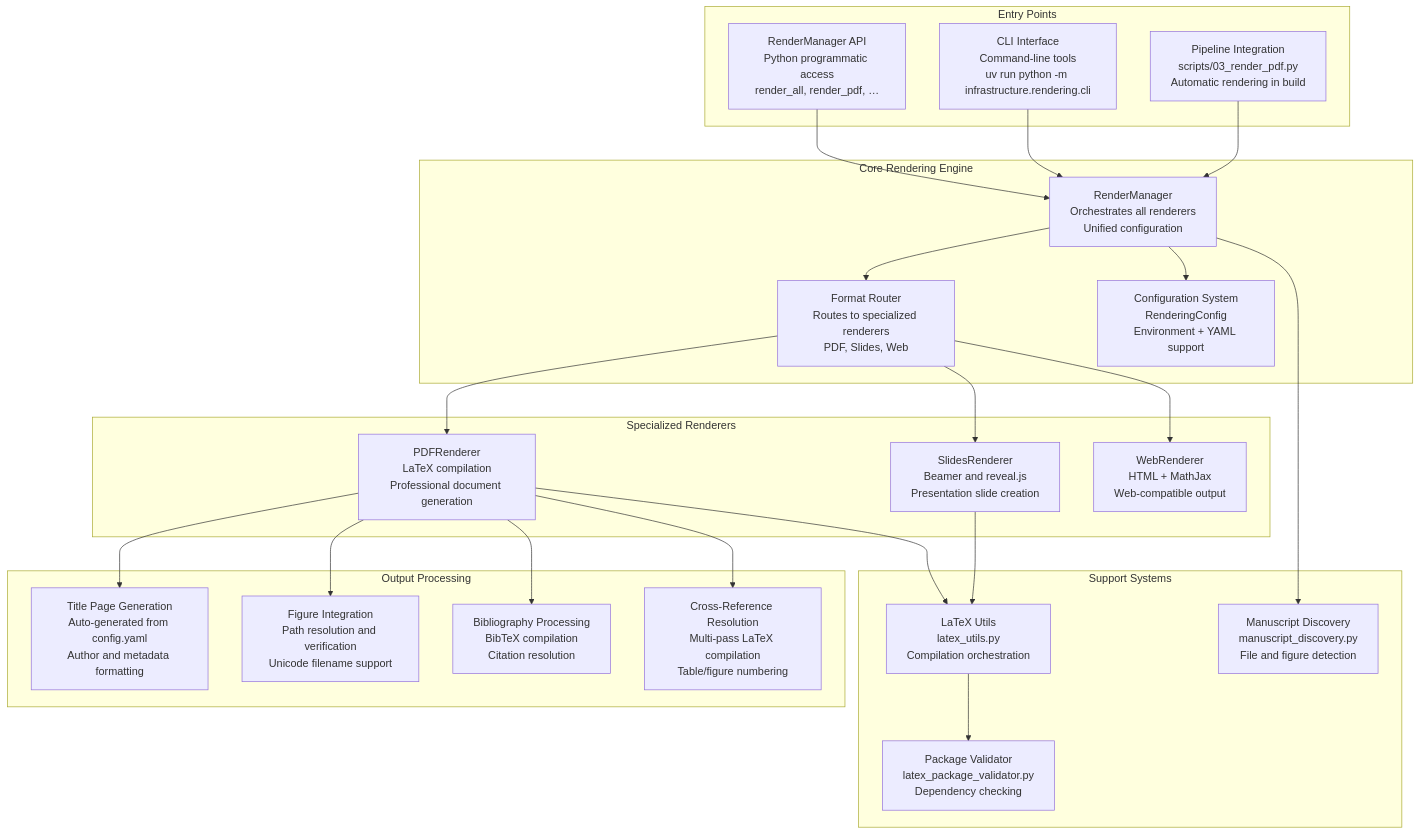
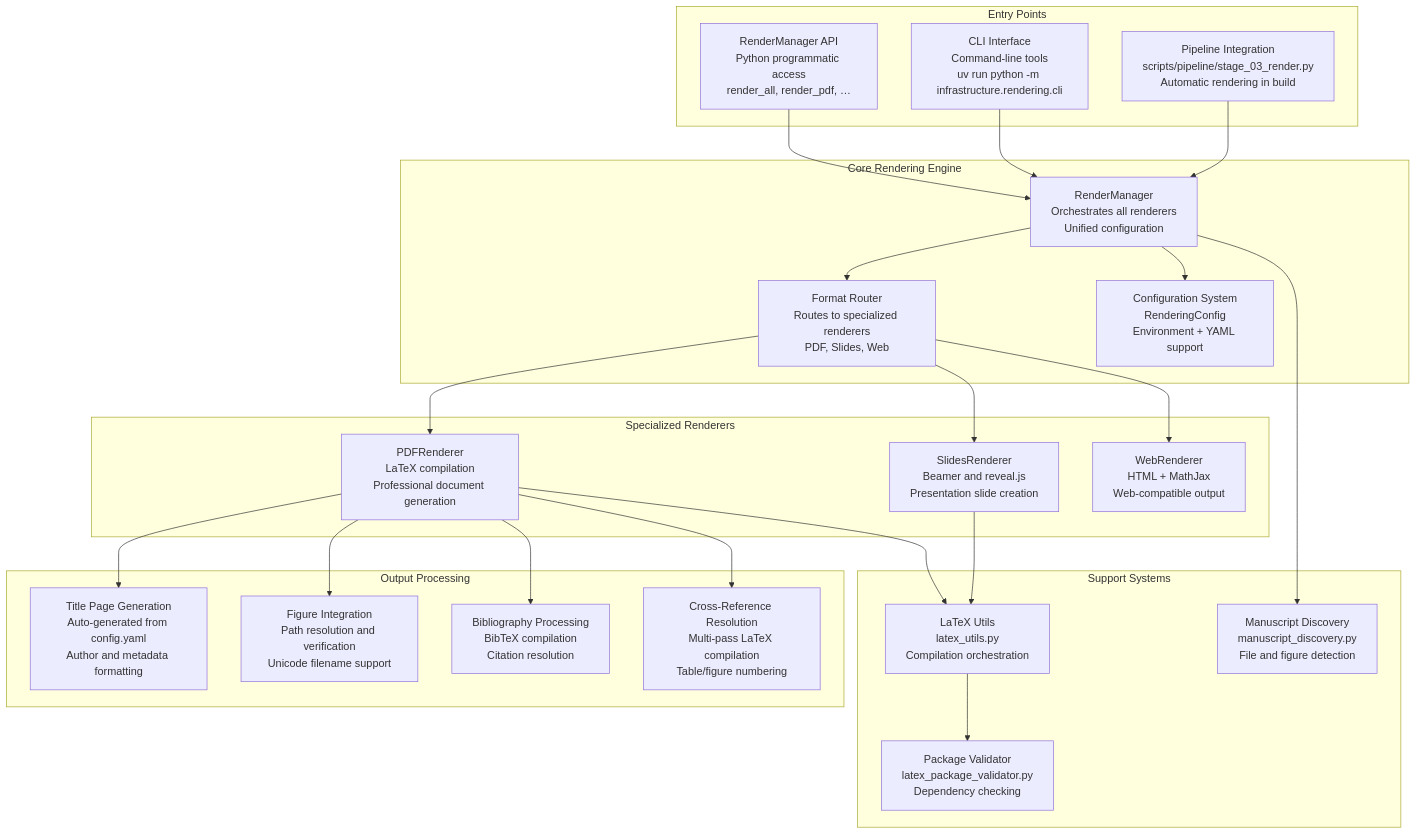
One commit to docxology/template changed the second of 3 diagrams in infrastructure/rendering/README.md. Above: the diagram before and after it, drawn with Mermaid. The commit also changed other lines of this file and 435 other files, not shown here.

````diff
--- a/infrastructure/rendering/README.md
+++ b/infrastructure/rendering/README.md
@@ -237,61 +237,61 @@
 ```mermaid
 graph TD
     subgraph EntryPoints["Entry Points"]
         MANAGER_API["RenderManager API<br/>Python programmatic access<br/>render_all, render_pdf, …"]
         CLI_INTERFACE[CLI Interface<br/>Command-line tools<br/>uv run python -m infrastructure.rendering.cli]
-        PIPELINE_INTEGRATION[Pipeline Integration<br/>scripts/03_render_pdf.py<br/>Automatic rendering in build]
+        PIPELINE_INTEGRATION[Pipeline Integration<br/>scripts/pipeline/stage_03_render.py<br/>Automatic rendering in build]
     end
 
     subgraph CoreEngine["Core Rendering Engine"]
         RENDER_MANAGER[RenderManager<br/>Orchestrates all renderers<br/>Unified configuration]
         FORMAT_ROUTER[Format Router<br/>Routes to specialized renderers<br/>PDF, Slides, Web]
         CONFIG_SYSTEM[Configuration System<br/>RenderingConfig<br/>Environment + YAML support]
     end
 
     subgraph SpecializedRenderers["Specialized Renderers"]
         PDF_RENDERER[PDFRenderer<br/>LaTeX compilation<br/>Professional document generation]
         SLIDES_RENDERER["SlidesRenderer<br/>Beamer and reveal.js<br/>Presentation slide creation"]
         WEB_RENDERER[WebRenderer<br/>HTML + MathJax<br/>Web-compatible output]
     end
 
     subgraph SupportSystems["Support Systems"]
         LATEX_UTILS[LaTeX Utils<br/>latex_utils.py<br/>Compilation orchestration]
         PACKAGE_VALIDATOR[Package Validator<br/>latex_package_validator.py<br/>Dependency checking]
         MANUSCRIPT_DISCOVERY[Manuscript Discovery<br/>manuscript_discovery.py<br/>File and figure detection]
     end
 
     subgraph OutputProcessing["Output Processing"]
         TITLE_PAGE_GEN[Title Page Generation<br/>Auto-generated from config.yaml<br/>Author and metadata formatting]
         FIGURE_INTEGRATION[Figure Integration<br/>Path resolution and verification<br/>Unicode filename support]
         BIBLIOGRAPHY_PROCESSING[Bibliography Processing<br/>BibTeX compilation<br/>Citation resolution]
         CROSS_REF_RESOLUTION[Cross-Reference Resolution<br/>Multi-pass LaTeX compilation<br/>Table/figure numbering]
     end
 
     MANAGER_API --> RENDER_MANAGER
     CLI_INTERFACE --> RENDER_MANAGER
     PIPELINE_INTEGRATION --> RENDER_MANAGER
 
     RENDER_MANAGER --> FORMAT_ROUTER
     FORMAT_ROUTER --> PDF_RENDERER
     FORMAT_ROUTER --> SLIDES_RENDERER
     FORMAT_ROUTER --> WEB_RENDERER
 
     RENDER_MANAGER --> CONFIG_SYSTEM
 
     PDF_RENDERER --> LATEX_UTILS
     SLIDES_RENDERER --> LATEX_UTILS
 
     LATEX_UTILS --> PACKAGE_VALIDATOR
     RENDER_MANAGER --> MANUSCRIPT_DISCOVERY
 
     PDF_RENDERER --> TITLE_PAGE_GEN
     PDF_RENDERER --> FIGURE_INTEGRATION
     PDF_RENDERER --> BIBLIOGRAPHY_PROCESSING
     PDF_RENDERER --> CROSS_REF_RESOLUTION
 
     class EntryPoints entry
     class CoreEngine core
     class SpecializedRenderers renderers
     class SupportSystems support
     class OutputProcessing processing
 ```
````
